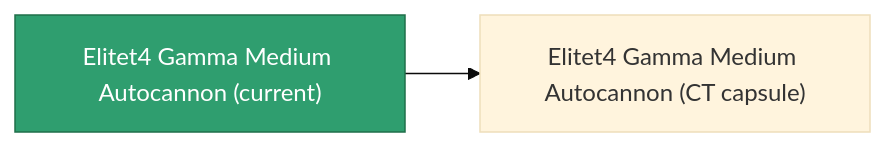
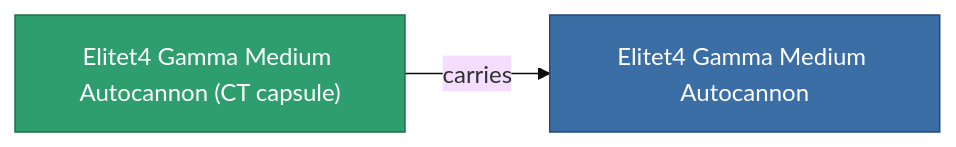
Before and after one commit to OpenPerpetuum/Wiki: the diagram in content/content/items/elitet4_gamma_medium_autocannon.md, drawn with Mermaid (base theme). The commit also changed other lines of this file and 2015 other files, not shown here.

````diff
--- a/content/content/items/elitet4_gamma_medium_autocannon.md
+++ b/content/content/items/elitet4_gamma_medium_autocannon.md
@@ -39,8 +39,9 @@
 ```mermaid
 graph LR
-    a["Elitet4 Gamma Medium Autocannon (current)"]:::current
-    b["Elitet4 Gamma Medium Autocannon (CT capsule)"]
-    a --> b
-    click b "/content/items/elitet4-gamma-medium-autocannon-ct-capsule/" "Elitet4 Gamma Medium Autocannon (CT capsule)"
+    a["Elitet4 Gamma Medium Autocannon (CT capsule)"]:::current
+    b["Elitet4 Gamma Medium Autocannon"]:::finished
+    a -->|carries| b
+                click b "/content/items/elitet4-gamma-medium-autocannon/" "Elitet4 Gamma Medium Autocannon"
     classDef current fill:#2f9e6f,stroke:#1f6f4a,color:#ffffff
+    classDef finished fill:#3b6ea5,stroke:#274a75,color:#ffffff
 ```
````
